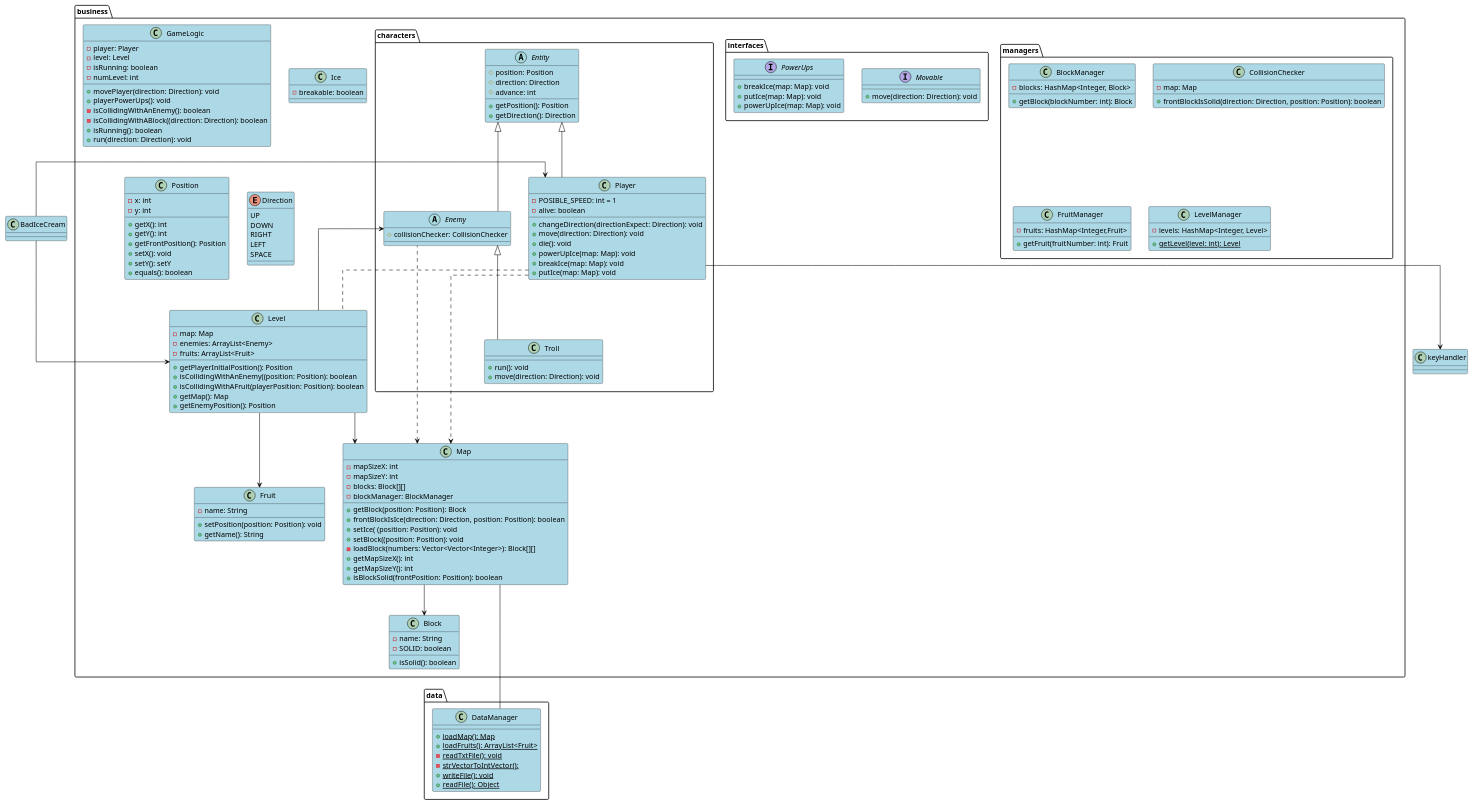
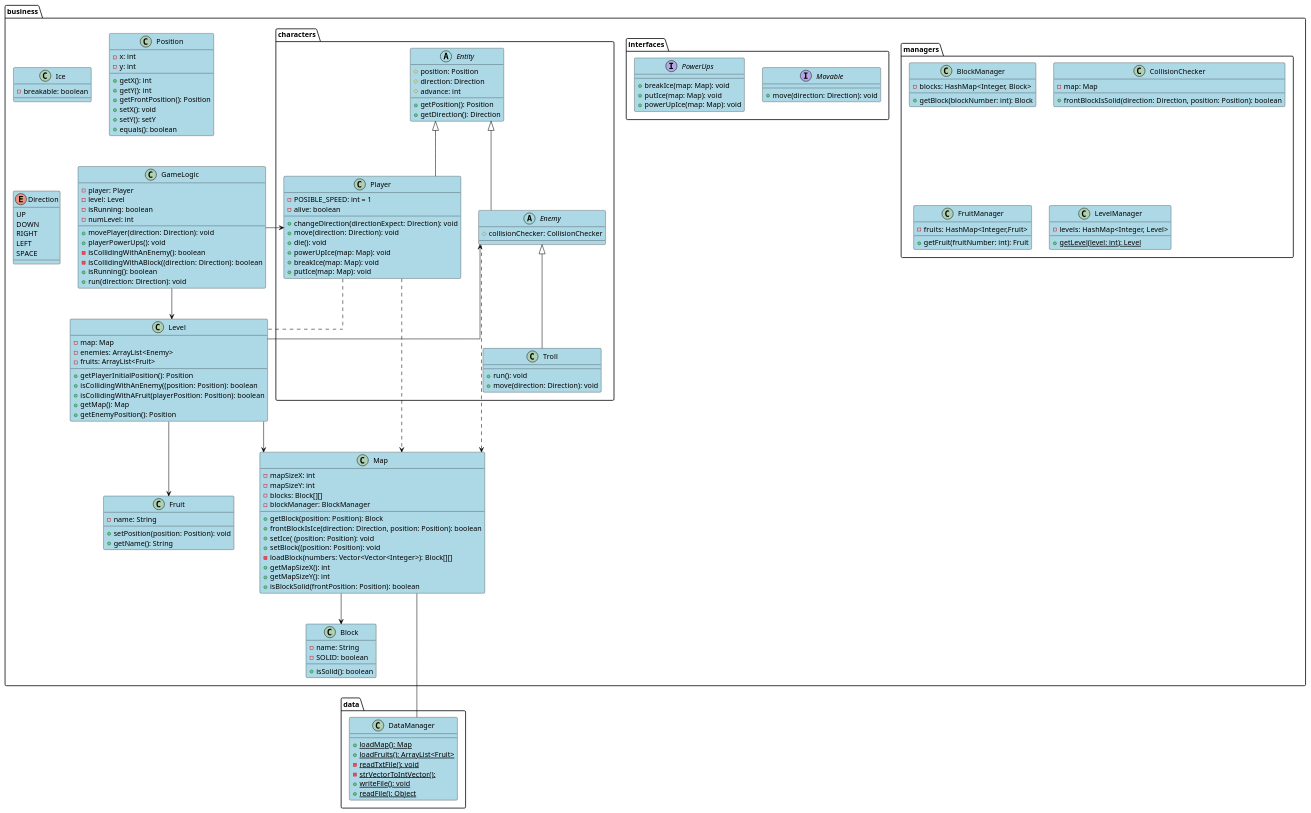
Before and after one commit to ViKunn/ProyectoFinalProgramacion: the diagram in diagrama.puml, drawn with PlantUML. The commit also changed 1 other file, not shown here.

```diff
--- a/diagrama.puml
+++ b/diagrama.puml
@@ -1,185 +1,183 @@
 @startuml
 
 
 /'Esto de aquí ignoren'/
 skinparam Linetype ortho
 skinparam class {
 BackgroundColor LightBlue
 ArrowColor Black
 BorderColor Black
 }
 
 package business {
     class GameLogic {
         -player: Player
         -level: Level
         -isRunning: boolean
         -numLevel: int
         +movePlayer(direction: Direction): void
         +playerPowerUps(): void
         -isCollidingWithAnEnemy(): boolean
         -isCollidingWithABlock((direction: Direction): boolean
         +isRunning(): boolean
         +run(direction: Direction): void
     }
 
     class Level {
         -map: Map
         -enemies: ArrayList<Enemy>
         -fruits: ArrayList<Fruit>
         +getPlayerInitialPosition(): Position
         +isCollidingWithAnEnemy((position: Position): boolean
         +isCollidingWithAFruit(playerPosition: Position): boolean
         +getMap(): Map
         +getEnemyPosition(): Position
     }
 
     class Map {
     /'no se pone final'/
         -mapSizeX: int
         -mapSizeY: int
         -blocks: Block[][]
         -blockManager: BlockManager
         +getBlock(position: Position): Block
         +frontBlockIsIce(direction: Direction, position: Position): boolean
         +setIce( (position: Position): void
         +setBlock((position: Position): void
         -loadBlock(numbers: Vector<Vector<Integer>): Block[][]
         +getMapSizeX(): int
         +getMapSizeY(): int
         +isBlockSolid(frontPosition: Position): boolean
     }
 
     class Block {
         -name: String
         -SOLID: boolean
         +isSolid(): boolean
     }
 
     class Ice {
         -breakable: boolean
     }
 
     class Fruit {
         -name: String
         +setPosition(position: Position): void
         +getName(): String
     }
 
     class Position {
         -x: int
         -y: int
         +getX(): int
         +getY(): int
         +getFrontPosition(): Position
         +setX(): void
         +setY(): setY
         +equals(): boolean
     }
 
     enum Direction {
         UP
         DOWN
         RIGHT
         LEFT
         SPACE
     }
 
     package managers{
         class BlockManager{
             -blocks: HashMap<Integer, Block>
             +getBlock(blockNumber: int): Block
         }
 
         class CollisionChecker{
             -map: Map
             +frontBlockIsSolid(direction: Direction, position: Position): boolean
         }
 
         class FruitManager{
             -fruits: HashMap<Integer,Fruit>
             +getFruit(fruitNumber: int): Fruit
         }
 
         class LevelManager{
             -levels: HashMap<Integer, Level>
             +{static}getLevel(level: int): Level
         }
     }
 
     package interfaces{
         interface Movable{
             +move(direction: Direction): void
         }
         interface PowerUps{
             +breakIce(map: Map): void
             +putIce(map: Map): void
             +powerUpIce(map: Map): void
         }
     }
 
     package characters {
 
         abstract class Entity {
             #position: Position
             #direction: Direction
             #advance: int
             +getPosition(): Position
             +getDirection(): Direction
         }
 
         class Player {
             -POSIBLE_SPEED: int = 1
             -alive: boolean
             +changeDirection(directionExpect: Direction): void
             +move(direction: Direction): void
             +die(): void
             +powerUpIce(map: Map): void
             +breakIce(map: Map): void
             +putIce(map: Map): void
         }
 
         abstract class Enemy{
             #collisionChecker: CollisionChecker
         }
 
         class Troll{
             +run(): void
             +move(direction: Direction): void
         }
     }
 }
 
 package data{
     class DataManager {
         +{static}loadMap(): Map
         +{static}loadFruits(): ArrayList<Fruit>
         -{static}readTxtFile(): void
         -{static}strVectorToIntVector():
         +{static}writeFile(): void
         +{static}readFile(): Object
     }
 }
 
 Player ... Level
 Player ...> Map
 Enemy  .l.> Map
 
-BadIceCream --> Level
-BadIceCream -> Player
+GameLogic --> Level
+GameLogic -> Player
 
 Level --> Map
 Level --> Enemy
 Level --> Fruit
-
-Enemy <|-- Troll
 
 
 Map --> Block
 Map --- DataManager
 
 Entity <|-- Player
 Entity <|-- Enemy
-Player --> keyHandler
+Enemy <|-- Troll
 
 @enduml
```
